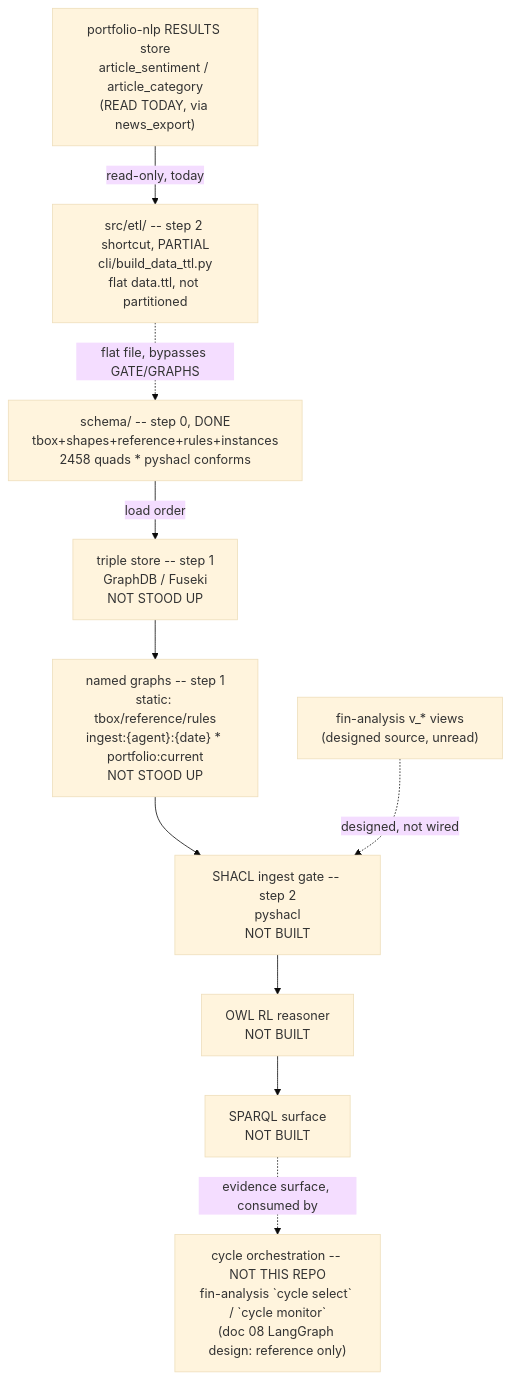
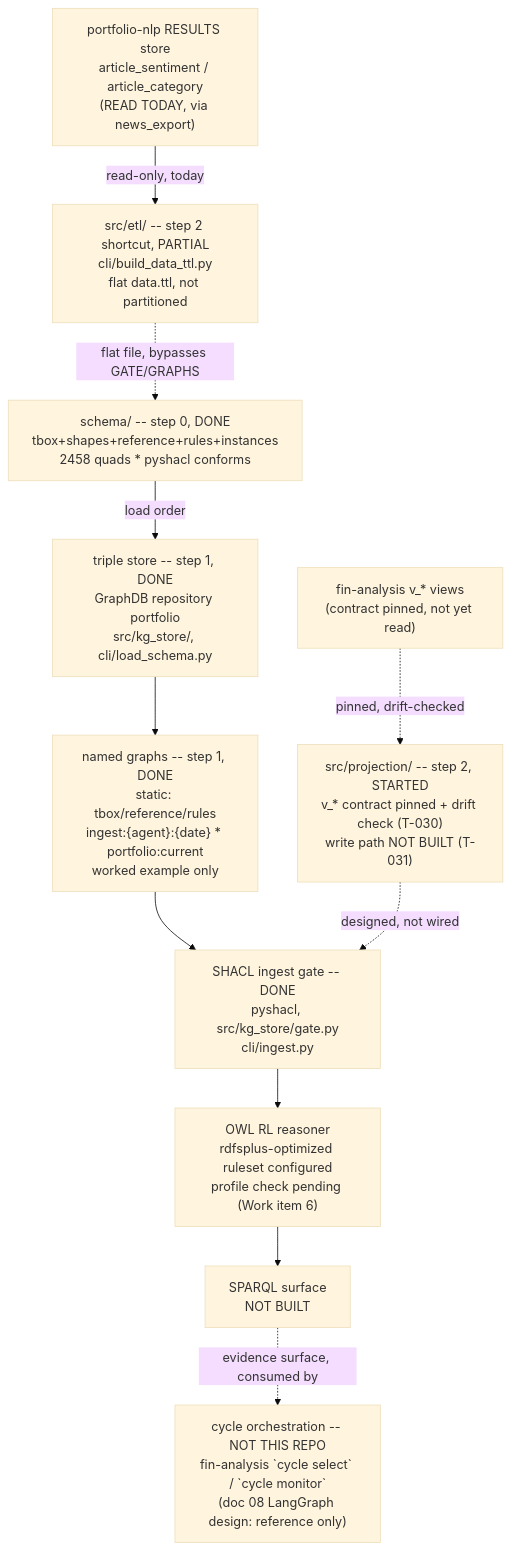
Before and after one commit to gamug/portfolio-knowledge-graph: the diagram in .specify/memory/SPEC.md, drawn with Mermaid (base theme). The commit also changed other lines of this file, not shown here.

First line of the commit message:
docs(spec): describe the built store, gate and projection start (PR #49 review)

````diff
--- a/.specify/memory/SPEC.md
+++ b/.specify/memory/SPEC.md
@@ -354,20 +365,22 @@
 ```mermaid
 flowchart TB
     SCHEMA["schema/ -- step 0, DONE<br/>tbox+shapes+reference+rules+instances<br/>2458 quads * pyshacl conforms"]
-    STORE["triple store -- step 1<br/>GraphDB / Fuseki<br/>NOT STOOD UP"]
-    GRAPHS["named graphs -- step 1<br/>static: tbox/reference/rules<br/>ingest:{agent}:{date} * portfolio:current<br/>NOT STOOD UP"]
-    GATE["SHACL ingest gate -- step 2<br/>pyshacl<br/>NOT BUILT"]
-    FIN["fin-analysis v_* views<br/>(designed source, unread)"]
+    STORE["triple store -- step 1, DONE<br/>GraphDB repository portfolio<br/>src/kg_store/, cli/load_schema.py"]
+    GRAPHS["named graphs -- step 1, DONE<br/>static: tbox/reference/rules<br/>ingest:{agent}:{date} * portfolio:current<br/>worked example only"]
+    GATE["SHACL ingest gate -- DONE<br/>pyshacl, src/kg_store/gate.py<br/>cli/ingest.py"]
+    PROJ["src/projection/ -- step 2, STARTED<br/>v_* contract pinned + drift check (T-030)<br/>write path NOT BUILT (T-031)"]
+    FIN["fin-analysis v_* views<br/>(contract pinned, not yet read)"]
     NLPRES["portfolio-nlp RESULTS store<br/>article_sentiment / article_category<br/>(READ TODAY, via news_export)"]
     ETL["src/etl/ -- step 2 shortcut, PARTIAL<br/>cli/build_data_ttl.py<br/>flat data.ttl, not partitioned"]
-    REASON["OWL RL reasoner<br/>NOT BUILT"]
+    REASON["OWL RL reasoner<br/>rdfsplus-optimized ruleset configured<br/>profile check pending (Work item 6)"]
     SPARQL["SPARQL surface<br/>NOT BUILT"]
     AGENTS["cycle orchestration -- NOT THIS REPO<br/>fin-analysis `cycle select` / `cycle monitor`<br/>(doc 08 LangGraph design: reference only)"]
 
     SCHEMA -->|load order| STORE --> GRAPHS --> GATE
-    FIN -.->|designed, not wired| GATE
+    FIN -.->|pinned, drift-checked| PROJ
+    PROJ -.->|designed, not wired| GATE
     NLPRES -->|read-only, today| ETL
     ETL -.->|flat file, bypasses GATE/GRAPHS| SCHEMA
     GATE --> REASON --> SPARQL
     SPARQL -.->|evidence surface, consumed by| AGENTS
 ```
````
